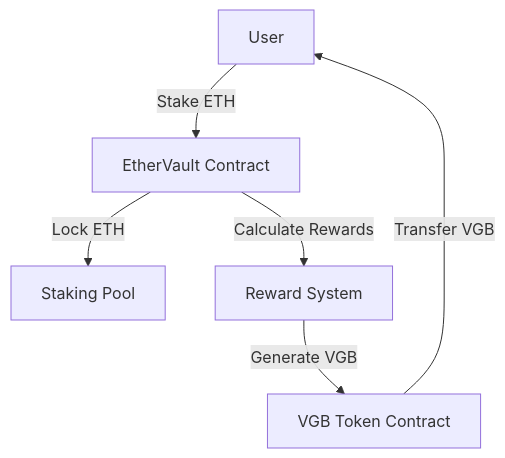
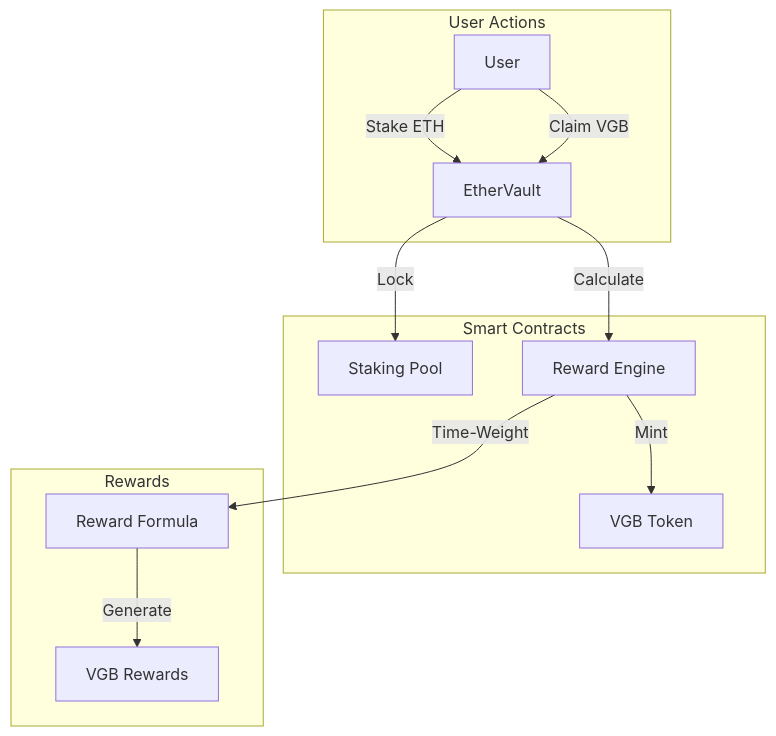
Before and after one commit to VagabondBushido/Ether-Vault: the first of 2 diagrams in README.md, drawn with Mermaid. The commit also changed other lines of this file, not shown here.

````diff
--- a/README.md
+++ b/README.md
@@ -68,8 +82,18 @@
 ```mermaid
 graph TD
-    A[User] -->|Stake ETH| B[EtherVault Contract]
-    B -->|Lock ETH| C[Staking Pool]
-    B -->|Calculate Rewards| D[Reward System]
-    D -->|Generate VGB| E[VGB Token Contract]
-    E -->|Transfer VGB| A
+    subgraph User Actions
+        A[User] -->|Stake ETH| B[EtherVault]
+        A -->|Claim VGB| B
+    end
+    
+    subgraph Smart Contracts
+        B -->|Lock| C[Staking Pool]
+        B -->|Calculate| D[Reward Engine]
+        D -->|Mint| E[VGB Token]
+    end
+    
+    subgraph Rewards
+        D -->|Time-Weight| F[Reward Formula]
+        F -->|Generate| G[VGB Rewards]
+    end
 ```
````
